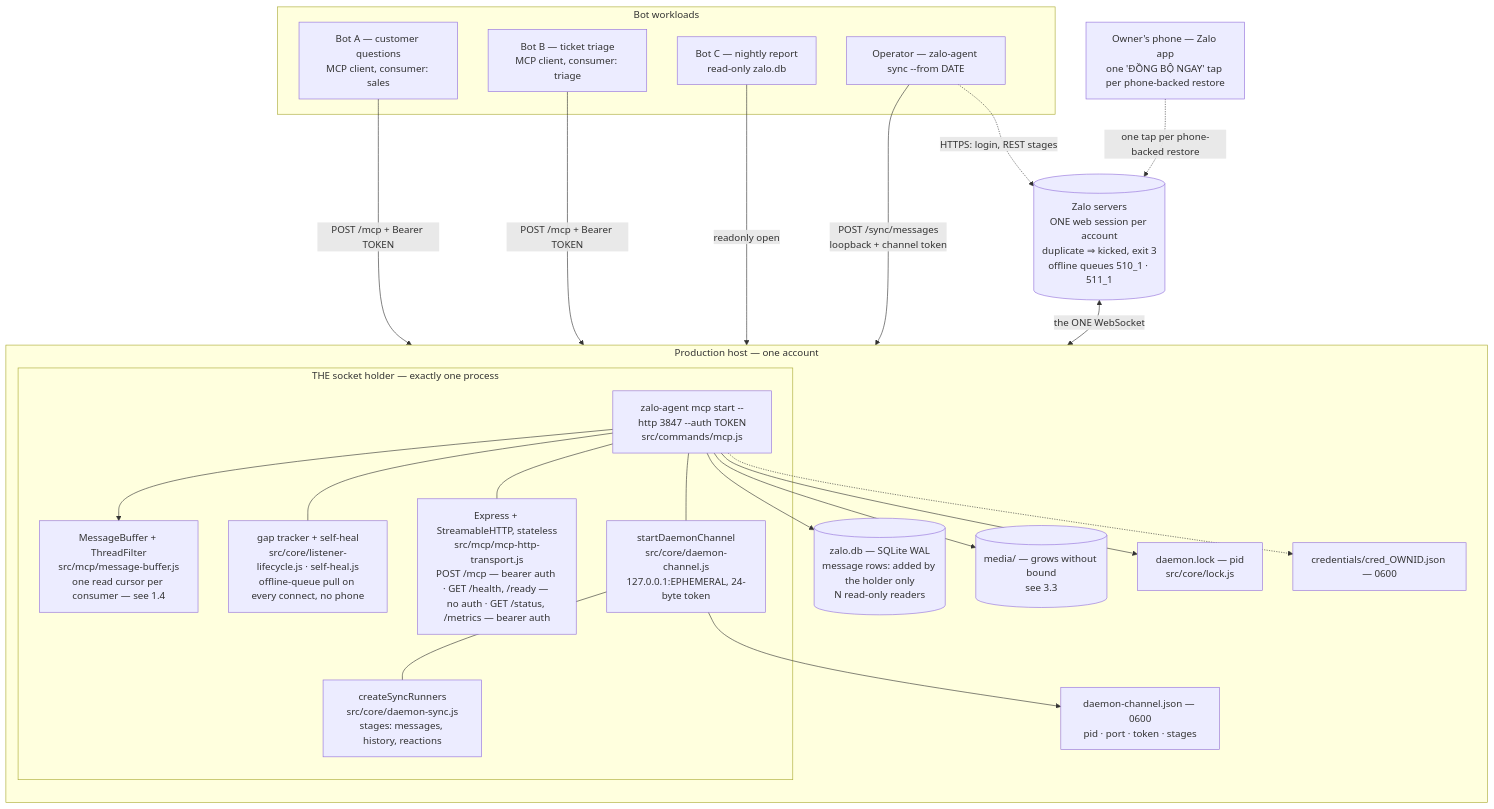
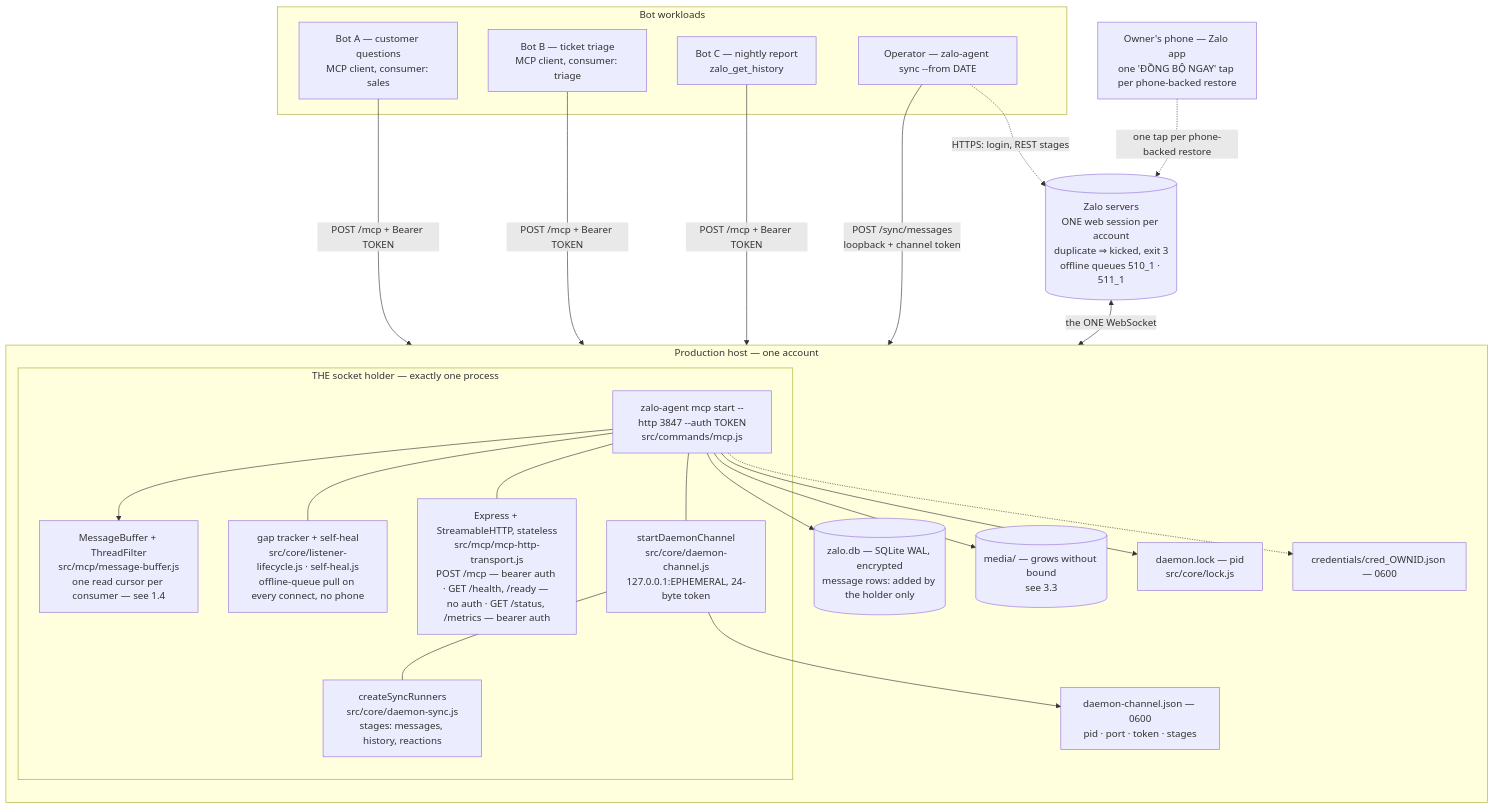
The first of 2 diagrams in docs/deployment.md (ardennguyen/zalo-agent-cli), drawn with Mermaid before and after one commit. The commit also changed other lines of this file and 31 other files, not shown here.

````diff
--- a/docs/deployment.md
+++ b/docs/deployment.md
@@ -176,48 +179,48 @@
 ```mermaid
 flowchart TB
     phone["Owner's phone — Zalo app<br/>one 'ĐỒNG BỘ NGAY' tap per phone-backed restore"]
     zalo[("Zalo servers<br/>ONE web session per account<br/>duplicate ⇒ kicked, exit 3<br/>offline queues 510_1 · 511_1")]
 
     subgraph host["Production host — one account"]
       direction TB
       subgraph holder["THE socket holder — exactly one process"]
         proc["zalo-agent mcp start --http 3847 --auth TOKEN<br/>src/commands/mcp.js"]
         http["Express + StreamableHTTP, stateless<br/>src/mcp/mcp-http-transport.js<br/>POST /mcp — bearer auth · GET /health, /ready — no auth · GET /status, /metrics — bearer auth"]
         buf["MessageBuffer + ThreadFilter<br/>src/mcp/message-buffer.js<br/>one read cursor per consumer — see 1.4"]
         heal["gap tracker + self-heal<br/>src/core/listener-lifecycle.js · self-heal.js<br/>offline-queue pull on every connect, no phone"]
         chan["startDaemonChannel<br/>src/core/daemon-channel.js<br/>127.0.0.1:EPHEMERAL, 24-byte token"]
         run["createSyncRunners<br/>src/core/daemon-sync.js<br/>stages: messages, history, reactions"]
       end
       lock["daemon.lock — pid<br/>src/core/lock.js"]
       cj["daemon-channel.json — 0600<br/>pid · port · token · stages"]
-      db[("zalo.db — SQLite WAL<br/>message rows: added by the holder only<br/>N read-only readers")]
+      db[("zalo.db — SQLite WAL, encrypted<br/>message rows: added by the holder only")]
       med[("media/ — grows without bound<br/>see 3.3")]
       cred["credentials/cred_OWNID.json — 0600"]
     end
 
     subgraph bots["Bot workloads"]
       b1["Bot A — customer questions<br/>MCP client, consumer: sales"]
       b2["Bot B — ticket triage<br/>MCP client, consumer: triage"]
-      b3["Bot C — nightly report<br/>read-only zalo.db"]
+      b3["Bot C — nightly report<br/>zalo_get_history"]
       b4["Operator — zalo-agent sync --from DATE"]
     end
 
     phone -.->|"one tap per phone-backed restore"| zalo
     zalo <-->|"the ONE WebSocket"| proc
     proc --> buf
     proc --- heal
     proc --> db
     proc --> med
     proc --> lock
     proc --- http
     proc --- chan
     chan --- run
     chan --> cj
     proc -.-> cred
 
     b1 -->|"POST /mcp + Bearer TOKEN"| http
     b2 -->|"POST /mcp + Bearer TOKEN"| http
-    b3 -->|"readonly open"| db
+    b3 -->|"POST /mcp + Bearer TOKEN"| http
     b4 -->|"POST /sync/messages<br/>loopback + channel token"| chan
     b4 -.->|"HTTPS: login, REST stages"| zalo
 ```
````
